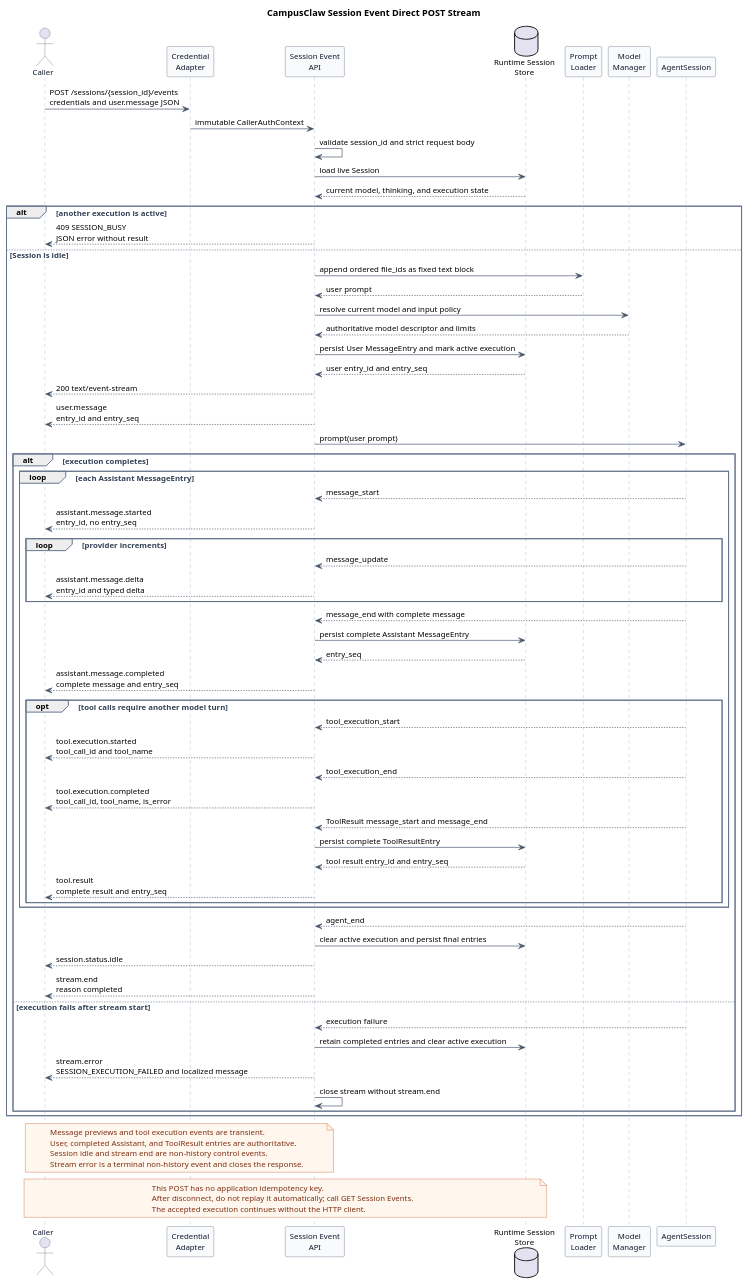
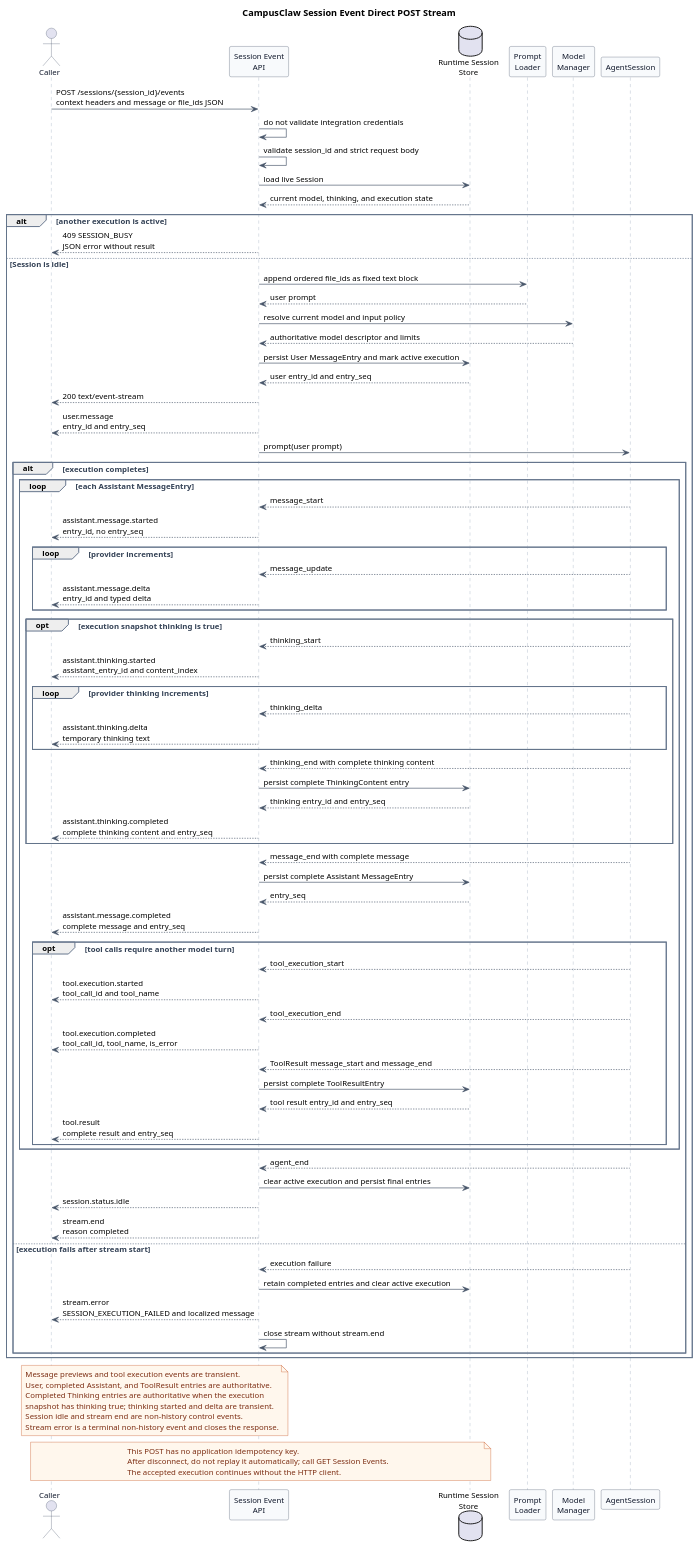
Before and after one commit to ssm0808/pi-mono-java-design: the first of 2 diagrams in pi-mono-java-manager-driven-multi-agent-runtime/diagrams/session-events/diagram.puml, drawn with PlantUML. The commit also changed other lines of this file and 33 other files, not shown here.

Commit message:
docs(runtime): 收敛 thinking 事件可见性契约

```diff
--- a/pi-mono-java-manager-driven-multi-agent-runtime/diagrams/session-events/diagram.puml
+++ b/pi-mono-java-manager-driven-multi-agent-runtime/diagrams/session-events/diagram.puml
@@ -1,119 +1,136 @@
 @startuml http_session_event_stream
 title CampusClaw Session Event Direct POST Stream
 
 ' Source evidence (pi-mono 086c32e74530564922d011ade23ff582c9d63116):
 ' packages/agent/src/types.ts, AgentEvent, lines 430-443
 ' packages/agent/src/agent-loop.ts, emitToolExecutionEnd and emitToolResultMessage,
 ' lines 767-795
 ' packages/coding-agent/src/core/agent-session.ts, _handleAgentEvent, lines 781-806
-' Source evidence (pi-mono-java 8691e8800f05f28afe22499050c29220ef5b7475):
+' Source evidence (pi-mono-java 1f801dbb82bdda30478e3354e685e3153b179a0c):
 ' modules/coding-agent-cli/src/main/java/com/campusclaw/codingagent/runtimeapi/event/RuntimeEventController.java.
 ' modules/coding-agent-cli/src/main/java/com/campusclaw/codingagent/runtimeapi/event/RuntimeEventService.java.
 ' modules/coding-agent-cli/src/main/java/com/campusclaw/codingagent/runtimeapi/agent/RuntimeAgentPromptLoader.java.
 ' Observed behavior: both pi baselines emit message start, update, and end events around
 ' one active in-memory execution. The Java HTTP handler already returns SSE from POST.
 ' Observed behavior: the implemented API persists MessageEntry records and has no public run ID.
 ' Java divergence: unlike the old baseline, client disconnect only detaches the bounded subscriber.
 ' Architecture change: a disconnected client does not abort accepted execution; GET Session Events is
 ' the recovery source, and replaying the side-effecting POST is forbidden.
 ' Design reason: preserve direct streaming while separating transient message and tool
 ' execution progress from authoritative User, Assistant, and ToolResult entries.
+' Observed behavior: internal thinking start, delta, and end events exist, but RuntimeEventProjector
+' emits text deltas only and RuntimeEntryCodec currently excludes ThinkingContent from the public contract.
+' Architecture change: the target contract projects thinking events only when the accepted execution
+' snapshots thinking true; assistant.thinking.completed becomes a durable recoverable entry.
 
 skinparam backgroundColor #FFFFFF
 skinparam shadowing false
 skinparam defaultFontName Arial
 skinparam defaultFontSize 12
 skinparam sequence {
   ArrowColor #475569
   ActorBorderColor #475569
   ActorFontColor #0F172A
   LifeLineBorderColor #94A3B8
   LifeLineBackgroundColor #F8FAFC
   ParticipantBorderColor #475569
   ParticipantBackgroundColor #F8FAFC
   ParticipantFontColor #0F172A
   GroupBorderColor #64748B
   GroupFontColor #334155
 }
 skinparam note {
   BackgroundColor #FFF7ED
   BorderColor #C2410C
   FontColor #7C2D12
 }
 
 actor Caller
-participant "Credential\nAdapter" as Auth
 participant "Session Event\nAPI" as API
 database "Runtime Session\nStore" as Store
 participant "Prompt\nLoader" as Prompt
 participant "Model\nManager" as Manager
 participant AgentSession
 
-Caller -> Auth : POST /sessions/{session_id}/events\ncredentials and user.message JSON
-Auth -> API : immutable CallerAuthContext
+Caller -> API : POST /sessions/{session_id}/events\ncontext headers and message or file_ids JSON
+API -> API : do not validate integration credentials
 API -> API : validate session_id and strict request body
 API -> Store : load live Session
 Store --> API : current model, thinking, and execution state
 
 alt another execution is active
   API --> Caller : 409 SESSION_BUSY\nJSON error without result
 else Session is idle
   API -> Prompt : append ordered file_ids as fixed text block
   Prompt --> API : user prompt
   API -> Manager : resolve current model and input policy
   Manager --> API : authoritative model descriptor and limits
   API -> Store : persist User MessageEntry and mark active execution
   Store --> API : user entry_id and entry_seq
   API --> Caller : 200 text/event-stream
   API --> Caller : user.message\nentry_id and entry_seq
   API -> AgentSession : prompt(user prompt)
 
   alt execution completes
     loop each Assistant MessageEntry
       AgentSession --> API : message_start
       API --> Caller : assistant.message.started\nentry_id, no entry_seq
       loop provider increments
         AgentSession --> API : message_update
         API --> Caller : assistant.message.delta\nentry_id and typed delta
+      end
+      opt execution snapshot thinking is true
+        AgentSession --> API : thinking_start
+        API --> Caller : assistant.thinking.started\nassistant_entry_id and content_index
+        loop provider thinking increments
+          AgentSession --> API : thinking_delta
+          API --> Caller : assistant.thinking.delta\ntemporary thinking text
+        end
+        AgentSession --> API : thinking_end with complete thinking content
+        API -> Store : persist complete ThinkingContent entry
+        Store --> API : thinking entry_id and entry_seq
+        API --> Caller : assistant.thinking.completed\ncomplete thinking content and entry_seq
       end
       AgentSession --> API : message_end with complete message
       API -> Store : persist complete Assistant MessageEntry
       Store --> API : entry_seq
       API --> Caller : assistant.message.completed\ncomplete message and entry_seq
       opt tool calls require another model turn
         AgentSession --> API : tool_execution_start
         API --> Caller : tool.execution.started\ntool_call_id and tool_name
         AgentSession --> API : tool_execution_end
         API --> Caller : tool.execution.completed\ntool_call_id, tool_name, is_error
         AgentSession --> API : ToolResult message_start and message_end
         API -> Store : persist complete ToolResultEntry
         Store --> API : tool result entry_id and entry_seq
         API --> Caller : tool.result\ncomplete result and entry_seq
       end
     end
 
     AgentSession --> API : agent_end
     API -> Store : clear active execution and persist final entries
     API --> Caller : session.status.idle
     API --> Caller : stream.end\nreason completed
   else execution fails after stream start
     AgentSession --> API : execution failure
     API -> Store : retain completed entries and clear active execution
     API --> Caller : stream.error\nSESSION_EXECUTION_FAILED and localized message
     API -> API : close stream without stream.end
   end
 end
 
 note over API,Caller
 Message previews and tool execution events are transient.
 User, completed Assistant, and ToolResult entries are authoritative.
+Completed Thinking entries are authoritative when the execution
+snapshot has thinking true; thinking started and delta are transient.
 Session idle and stream end are non-history control events.
 Stream error is a terminal non-history event and closes the response.
 end note
 
 note over Caller,Store
 This POST has no application idempotency key.
 After disconnect, do not replay it automatically; call GET Session Events.
 The accepted execution continues without the HTTP client.
 end note
 @enduml
```
